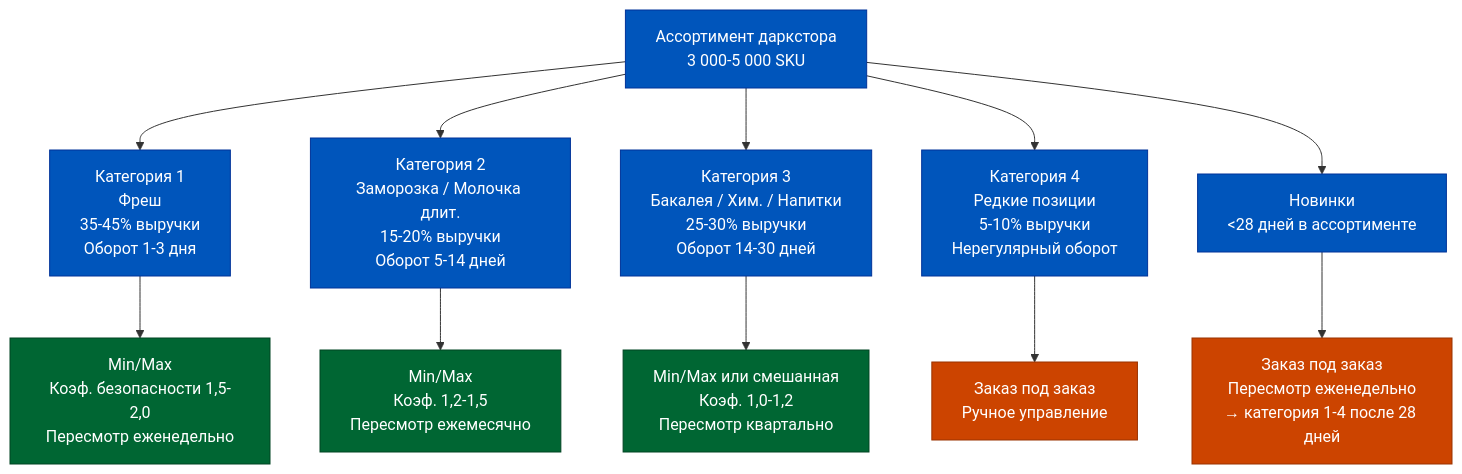
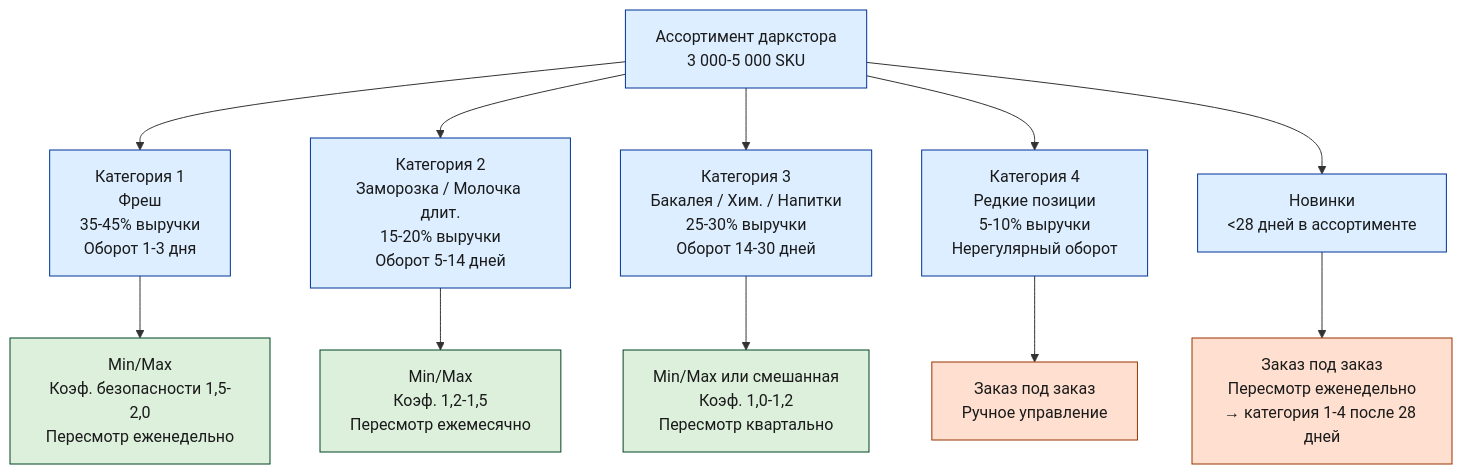
One commit to murad1986/1c-erp-quartz changed the fourth of 6 diagrams in content/1c-erp/week_3/Неделя 3 - День 3 - Логика обеспечения.md. Above: the diagram before and after it, drawn with Mermaid. The commit also changed other lines of this file and 57 other files, not shown here.

First line of the commit message:
fix: Mermaid — пастельные цвета в источниках диаграмм (56 файлов)

````diff
--- a/content/1c-erp/week_3/Неделя 3 - День 3 - Логика обеспечения.md
+++ b/content/1c-erp/week_3/Неделя 3 - День 3 - Логика обеспечения.md
@@ -287,26 +287,26 @@
 ```mermaid
 flowchart TD
     A["Ассортимент даркстора<br/>3 000-5 000 SKU"]:::blue
 
     B["Категория 1<br/>Фреш<br/>35-45% выручки<br/>Оборот 1-3 дня"]:::blue
     C["Категория 2<br/>Заморозка / Молочка длит.<br/>15-20% выручки<br/>Оборот 5-14 дней"]:::blue
     D["Категория 3<br/>Бакалея / Хим. / Напитки<br/>25-30% выручки<br/>Оборот 14-30 дней"]:::blue
     E["Категория 4<br/>Редкие позиции<br/>5-10% выручки<br/>Нерегулярный оборот"]:::blue
     F["Новинки<br/><28 дней в ассортименте"]:::blue
 
     S1["Min/Max<br/>Коэф. безопасности 1,5-2,0<br/>Пересмотр еженедельно"]:::green
     S2["Min/Max<br/>Коэф. 1,2-1,5<br/>Пересмотр ежемесячно"]:::green
     S3["Min/Max или смешанная<br/>Коэф. 1,0-1,2<br/>Пересмотр квартально"]:::green
     S4["Заказ под заказ<br/>Ручное управление"]:::warn
     S5["Заказ под заказ<br/>Пересмотр еженедельно<br/>→ категория 1-4 после 28 дней"]:::warn
 
     A --> B --> S1
     A --> C --> S2
     A --> D --> S3
     A --> E --> S4
     A --> F --> S5
 
-    classDef blue fill:#0055BB,color:#fff,stroke:#003399
-    classDef green fill:#006633,color:#fff,stroke:#004422
-    classDef warn fill:#CC4400,color:#fff,stroke:#993300
+    classDef blue fill:#dceeff,color:#1a1a1a,stroke:#003399
+    classDef green fill:#dcf0dc,color:#1a1a1a,stroke:#004422
+    classDef warn fill:#ffe0d0,color:#1a1a1a,stroke:#993300
 ```
````
